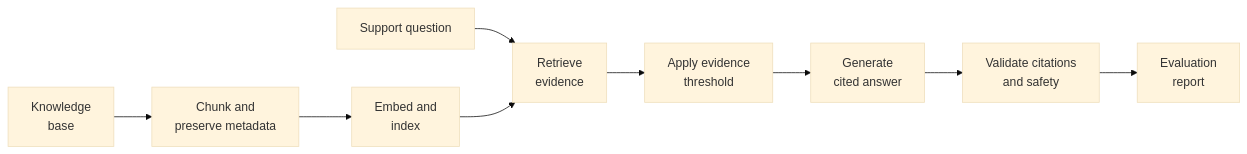
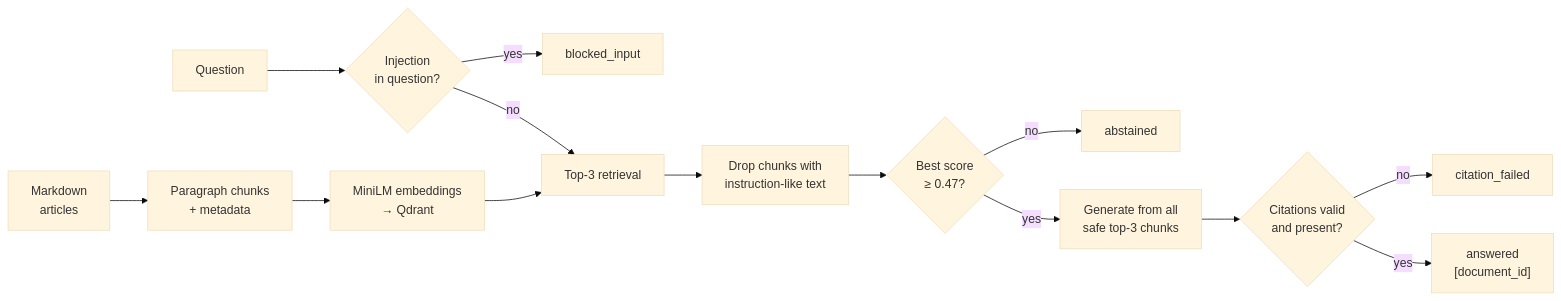
One commit to aviputri/mle-rag-pipeline-project changed the diagram in README.md. Above: the diagram before and after it, drawn with Mermaid (base theme). The commit also changed other lines of this file and 2 other files, not shown here.

````diff
--- a/README.md
+++ b/README.md
@@ -17,11 +32,16 @@
 ```mermaid
 flowchart LR
-    A["Knowledge<br>base"] --> B["Chunk and<br>preserve metadata"]
-    B --> C["Embed and<br>index"]
-    D["Support question"] --> E["Retrieve<br>evidence"]
-    C --> E
-    E --> F["Apply evidence<br>threshold"]
-    F --> G["Generate<br>cited answer"]
-    G --> H["Validate citations<br>and safety"]
-    H --> I["Evaluation<br>report"]
+    A["Markdown<br>articles"] --> B["Paragraph chunks<br>+ metadata"]
+    B --> C["MiniLM embeddings<br>→ Qdrant"]
+    Q["Question"] --> G1{"Injection<br>in question?"}
+    G1 -- yes --> X1["blocked_input"]
+    G1 -- no --> R["Top-3 retrieval"]
+    C --> R
+    R --> G2["Drop chunks with<br>instruction-like text"]
+    G2 --> T{"Best score<br>≥ 0.47?"}
+    T -- no --> X2["abstained"]
+    T -- yes --> GEN["Generate from all<br>safe top-3 chunks"]
+    GEN --> V{"Citations valid<br>and present?"}
+    V -- no --> X3["citation_failed"]
+    V -- yes --> OK["answered<br>[document_id]"]
 ```
````
